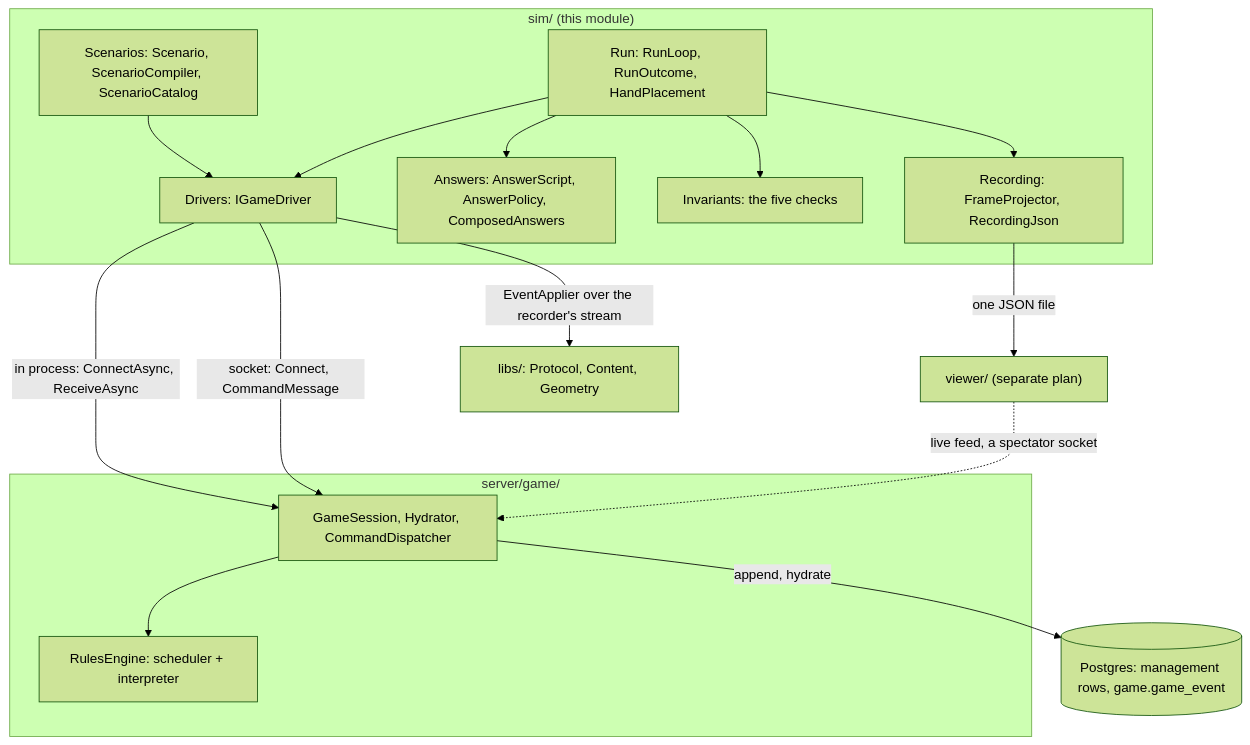
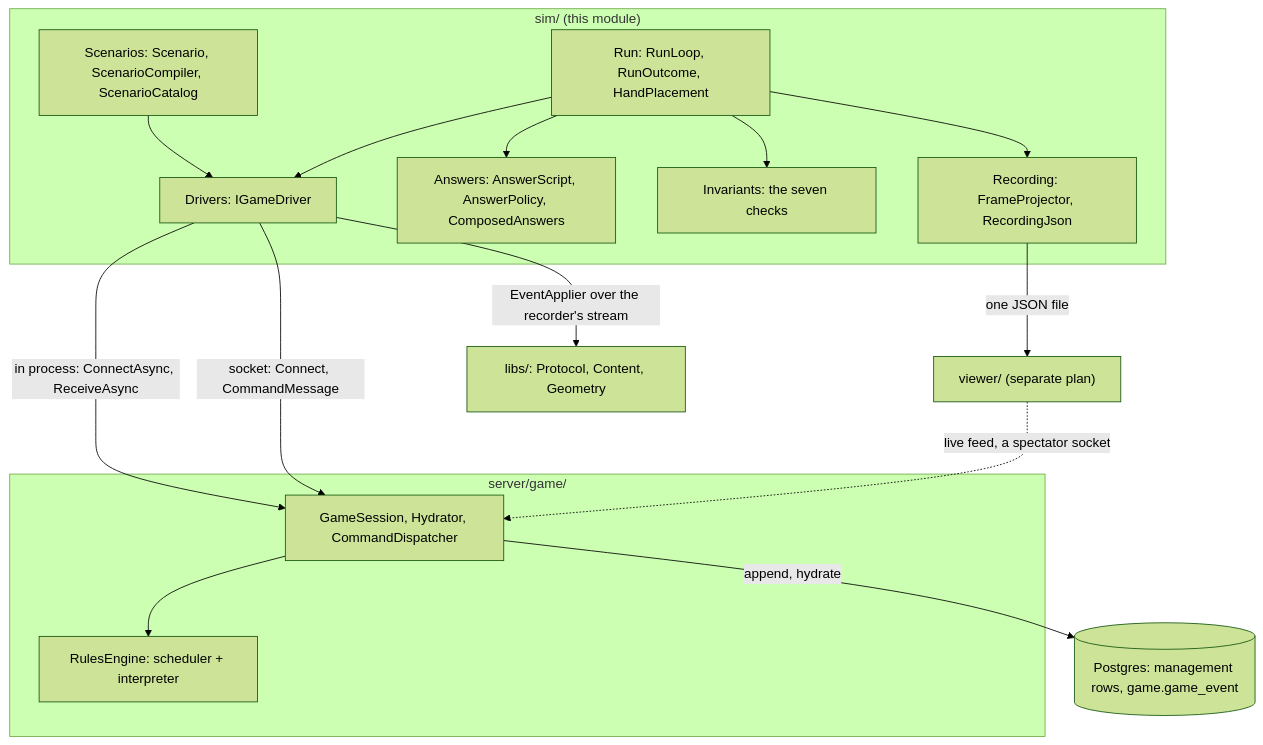
One commit to cstupi/tabletop changed the first of 11 diagrams in docs/design/simulation/design.md. Above: the diagram before and after it, drawn with Mermaid (forest theme). The commit also changed other lines of this file and 14 other files, not shown here.

````diff
--- a/docs/design/simulation/design.md
+++ b/docs/design/simulation/design.md
@@ -64,31 +64,31 @@
 ```mermaid
 flowchart TD
     subgraph sim["sim/ (this module)"]
         Scen["Scenarios: Scenario, ScenarioCompiler, ScenarioCatalog"]
         Ans["Answers: AnswerScript, AnswerPolicy, ComposedAnswers"]
         Loop["Run: RunLoop, RunOutcome, HandPlacement"]
-        Inv["Invariants: the five checks"]
+        Inv["Invariants: the seven checks"]
         Rec["Recording: FrameProjector, RecordingJson"]
         Drv["Drivers: IGameDriver"]
     end
     subgraph gameserver["server/game/"]
         Session["GameSession, Hydrator, CommandDispatcher"]
         Engine["RulesEngine: scheduler + interpreter"]
     end
     Libs["libs/: Protocol, Content, Geometry"]
     PG[("Postgres: management rows, game.game_event")]
     Viewer["viewer/ (separate plan)"]
 
     Loop --> Drv
     Loop --> Ans
     Loop --> Inv
     Loop --> Rec
     Scen --> Drv
     Drv -->|"in process: ConnectAsync, ReceiveAsync"| Session
     Drv -->|"socket: Connect, CommandMessage"| Session
     Session --> Engine
     Session -->|"append, hydrate"| PG
     Drv -->|"EventApplier over the recorder's stream"| Libs
     Rec -->|"one JSON file"| Viewer
     Viewer -.->|"live feed, a spectator socket"| Session
 ```
````
